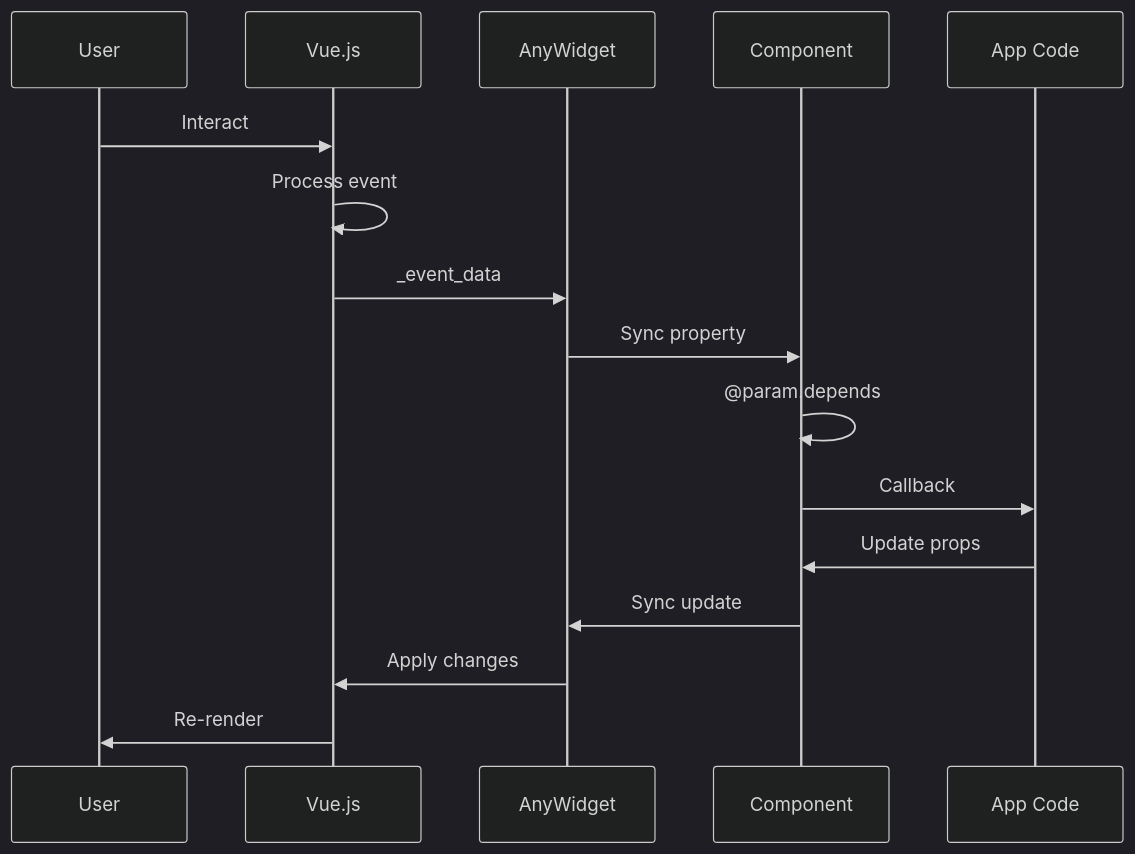
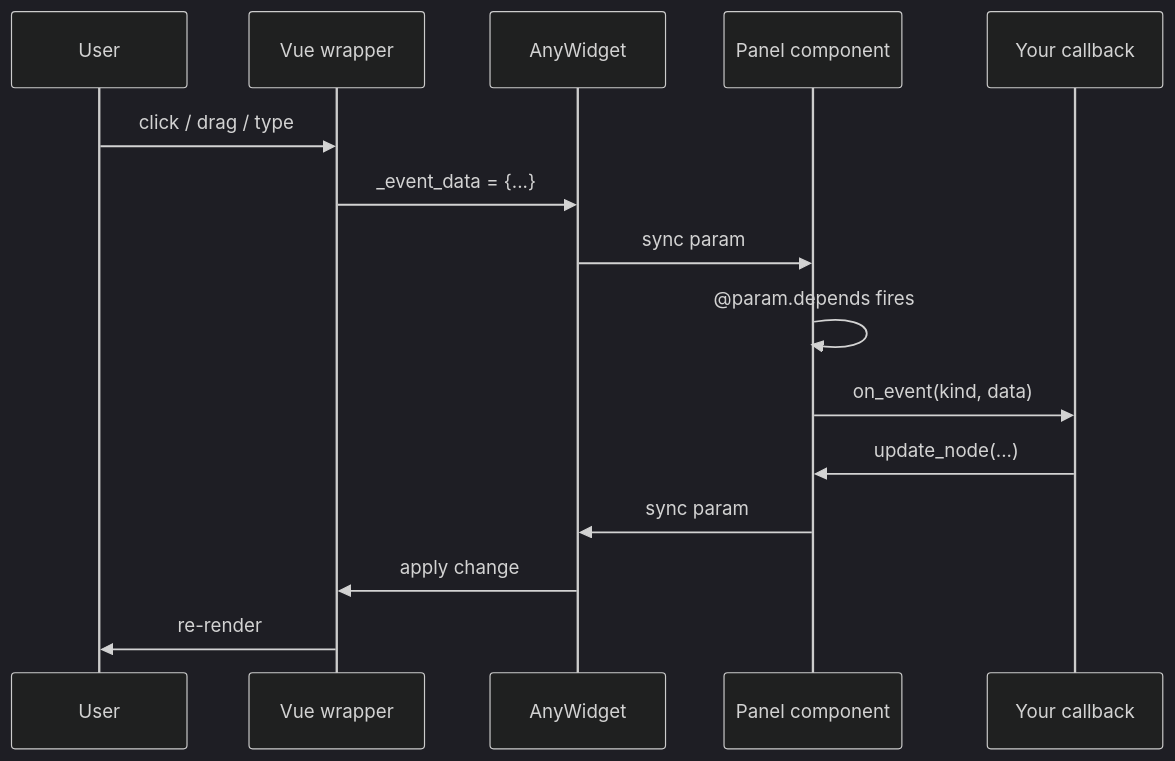
Before and after one commit to opensemanticworld/panelini: the fourth of 6 diagrams in docs/architecture.md, drawn with Mermaid (dark theme). The commit also changed other lines of this file and 45 other files, not shown here.

````diff
--- a/docs/architecture.md
+++ b/docs/architecture.md
@@ -149,19 +156,18 @@
 ```{mermaid}
 sequenceDiagram
-    participant User as User
-    participant JS as Vue.js
+    participant User
+    participant Vue as Vue wrapper
     participant Bridge as AnyWidget
-    participant Py as Component
-    participant App as App Code
+    participant Py as Panel component
+    participant App as Your callback
 
-    User->>JS: Interact
-    JS->>JS: Process event
-    JS->>Bridge: _event_data
-    Bridge->>Py: Sync property
-    Py->>Py: @param.depends
-    Py->>App: Callback
-    App->>Py: Update props
-    Py->>Bridge: Sync update
-    Bridge->>JS: Apply changes
-    JS->>User: Re-render
+    User->>Vue: click / drag / type
+    Vue->>Bridge: _event_data = {...}
+    Bridge->>Py: sync param
+    Py->>Py: @param.depends fires
+    Py->>App: on_event(kind, data)
+    App->>Py: update_node(...)
+    Py->>Bridge: sync param
+    Bridge->>Vue: apply change
+    Vue->>User: re-render
 ```
````
